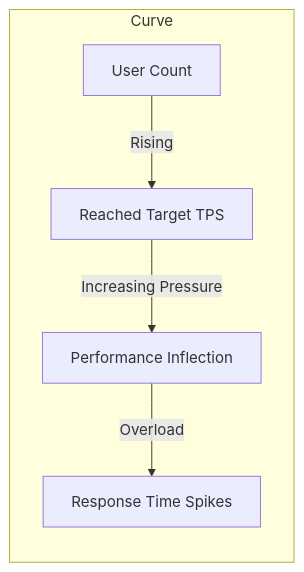
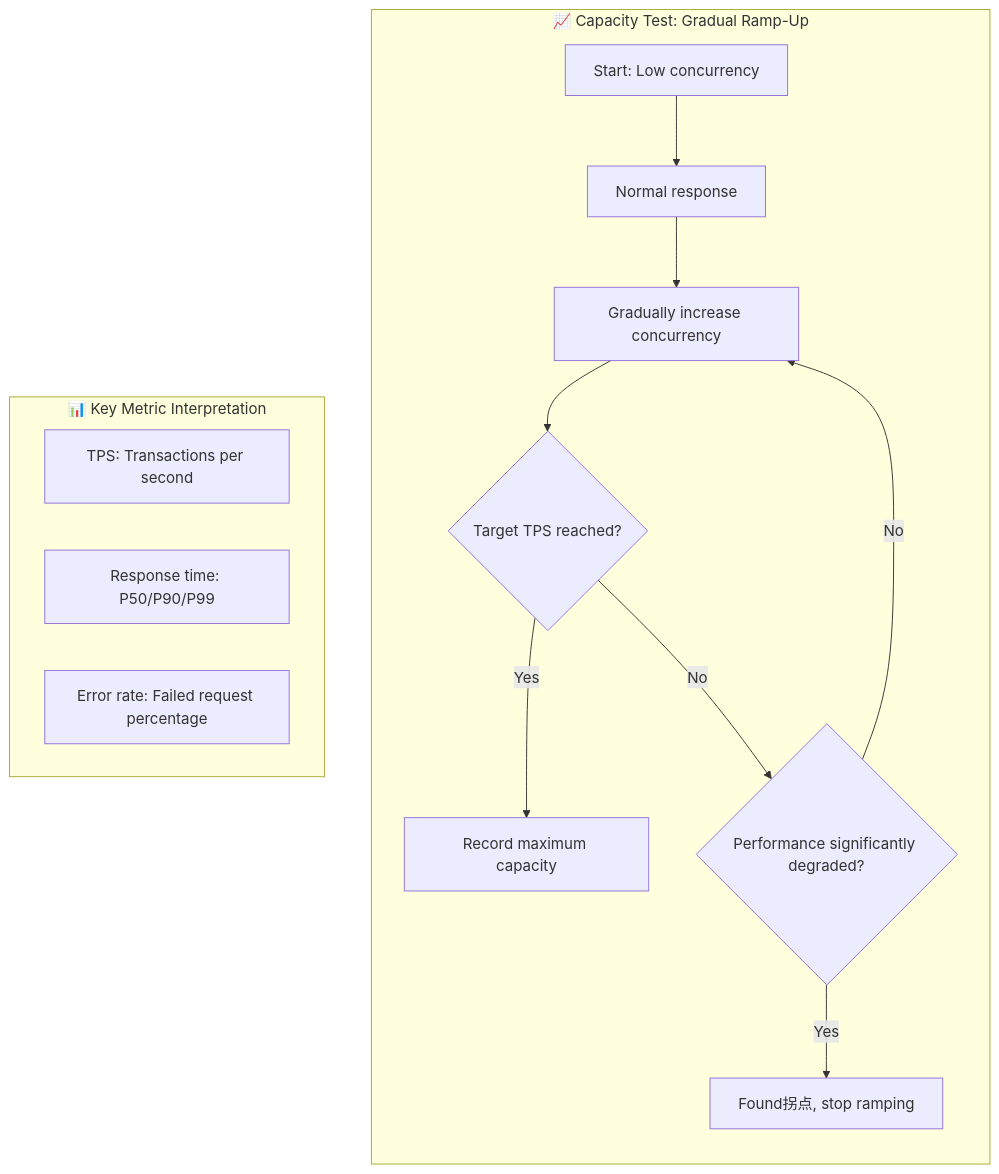
One commit to zhangshichuan/maxzhang.site changed the sixth of 14 diagrams in articles/en/nodejs-unit-performance-testing-guide.mdx. Above: the diagram before and after it, drawn with Mermaid. The commit also changed other lines of this file and 1 other file, not shown here.

Commit message:
docs: nodejs-unit-performance-testing-guide

````diff
--- a/articles/en/nodejs-unit-performance-testing-guide.mdx
+++ b/articles/en/nodejs-unit-performance-testing-guide.mdx
@@ -193,9 +754,20 @@
 ```mermaid
 flowchart TD
-    subgraph Curve
+    subgraph CapacityTestProcess["📈 Capacity Test: Gradual Ramp-Up"]
         direction TB
-        A[User Count] -->|Rising| B[Reached Target TPS]
-        B -->|Increasing Pressure| C[Performance Inflection]
-        C -->|Overload| D[Response Time Spikes]
+
+        A[Start: Low concurrency] --> B[Normal response]
+        B --> C[Gradually increase concurrency]
+        C --> D{Target TPS reached?}
+        D -->|Yes| E[Record maximum capacity]
+        D -->|No| F{Performance significantly degraded?}
+        F -->|No| C
+        F -->|Yes| G[Found拐点, stop ramping]
+    end
+
+    subgraph KeyMetrics["📊 Key Metric Interpretation"]
+        H["TPS: Transactions per second"]
+        I["Response time: P50/P90/P99"]
+        J["Error rate: Failed request percentage"]
     end
 ```
````
